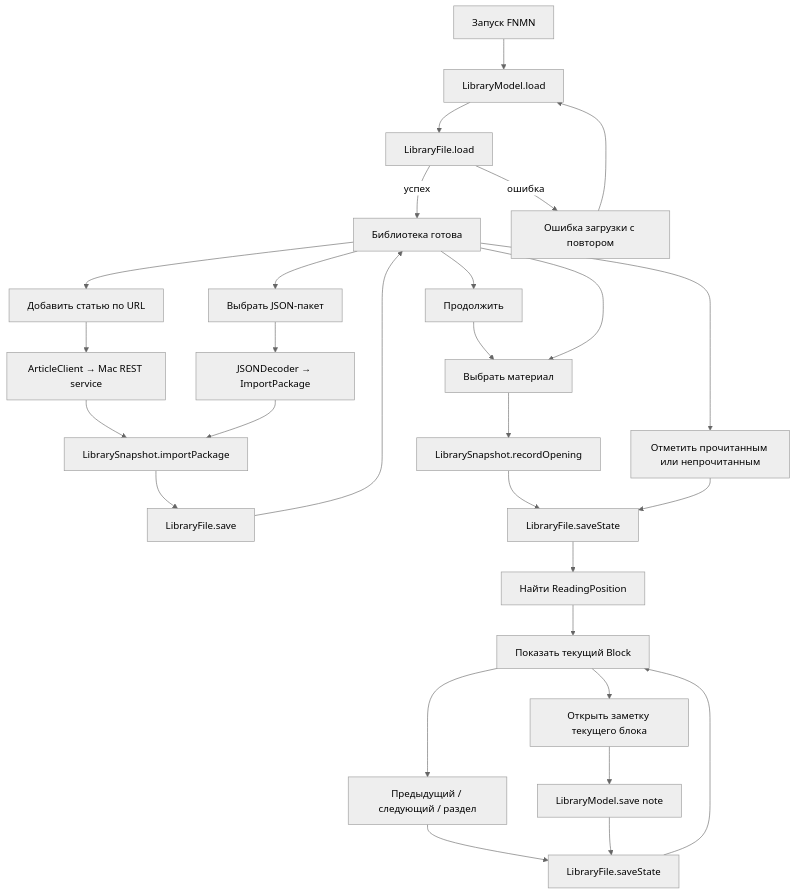
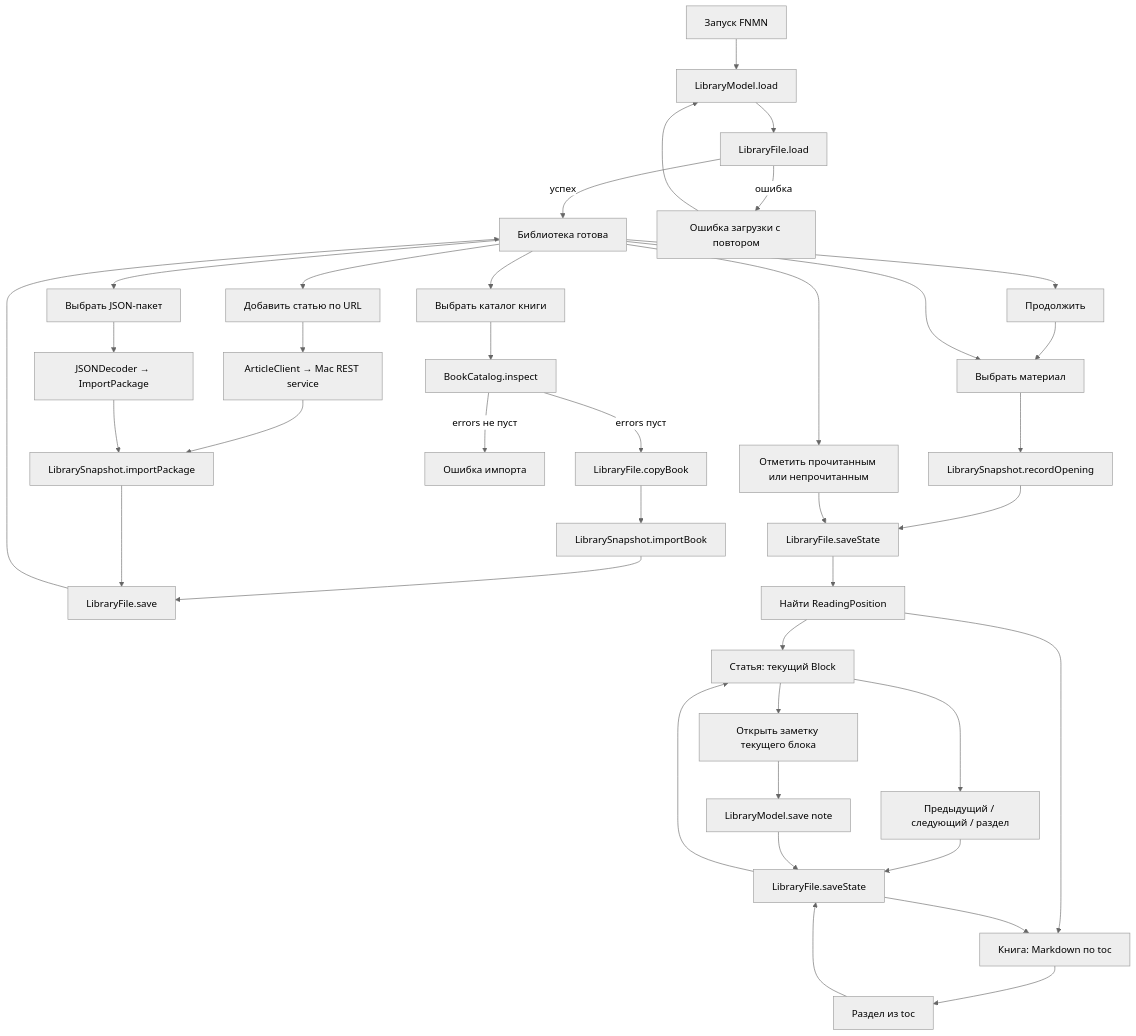
One commit to vladkalinichencko/fnmn-app changed the first of 7 diagrams in APP_SPEC.md. Above: the diagram before and after it, drawn with Mermaid (neutral theme). The commit also changed other lines of this file and 36 other files, not shown here.

First line of the commit message:
Import PDF book catalogs into the library reader.

````diff
--- a/APP_SPEC.md
+++ b/APP_SPEC.md
@@ -20,33 +21,43 @@
 ```mermaid
 flowchart TD
     Launch[Запуск FNMN] --> Load[LibraryModel.load]
     Load --> ReadDisk[LibraryFile.load]
     ReadDisk -->|успех| Library[Библиотека готова]
     ReadDisk -->|ошибка| LoadError[Ошибка загрузки с повтором]
     LoadError --> Load
 
     Library --> AddURL[Добавить статью по URL]
     AddURL --> Prepare[ArticleClient → Mac REST service]
     Prepare --> Import[LibrarySnapshot.importPackage]
     Library --> AddJSON[Выбрать JSON-пакет]
     AddJSON --> Decode[JSONDecoder → ImportPackage]
     Decode --> Import
+    Library --> AddBook[Выбрать каталог книги]
+    AddBook --> Inspect[BookCatalog.inspect]
+    Inspect -->|errors пуст| CopyBook[LibraryFile.copyBook]
+    Inspect -->|errors не пуст| ImportFail[Ошибка импорта]
+    CopyBook --> SaveBook[LibrarySnapshot.importBook]
+    SaveBook --> Persist
     Import --> Persist[LibraryFile.save]
     Persist --> Library
 
     Library --> Continue[Продолжить]
     Continue --> Select
     Library --> Select[Выбрать материал]
     Select --> RecordOpen[LibrarySnapshot.recordOpening]
     RecordOpen --> PersistState[LibraryFile.saveState]
     PersistState --> Restore[Найти ReadingPosition]
-    Restore --> Reader[Показать текущий Block]
+    Restore --> Reader[Статья: текущий Block]
+    Restore --> BookReader[Книга: Markdown по toc]
     Library --> MarkRead[Отметить прочитанным или непрочитанным]
     MarkRead --> PersistState
     Reader --> Move[Предыдущий / следующий / раздел]
     Move --> SavePosition[LibraryFile.saveState]
     SavePosition --> Reader
+    BookReader --> BookSection[Раздел из toc]
+    BookSection --> SavePosition
+    SavePosition --> BookReader
     Reader --> EditNote[Открыть заметку текущего блока]
     EditNote --> SaveNote[LibraryModel.save note]
     SaveNote --> SavePosition
 ```
````
